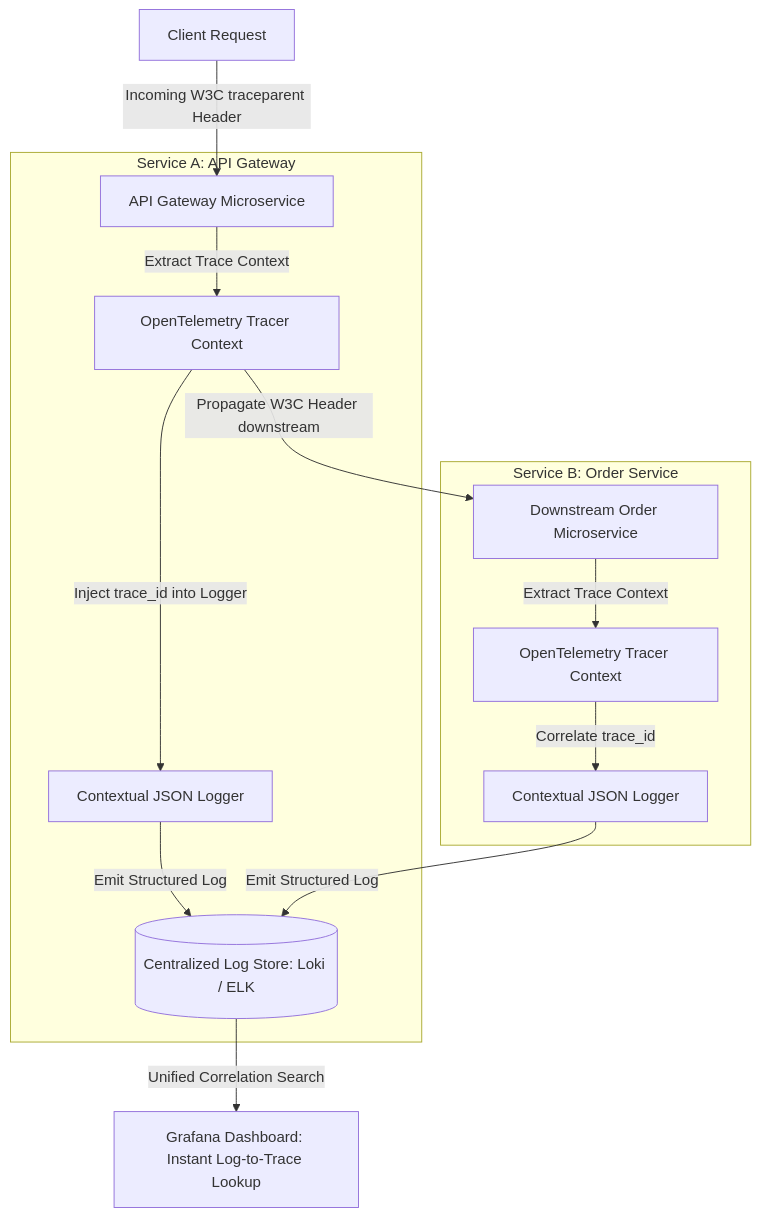
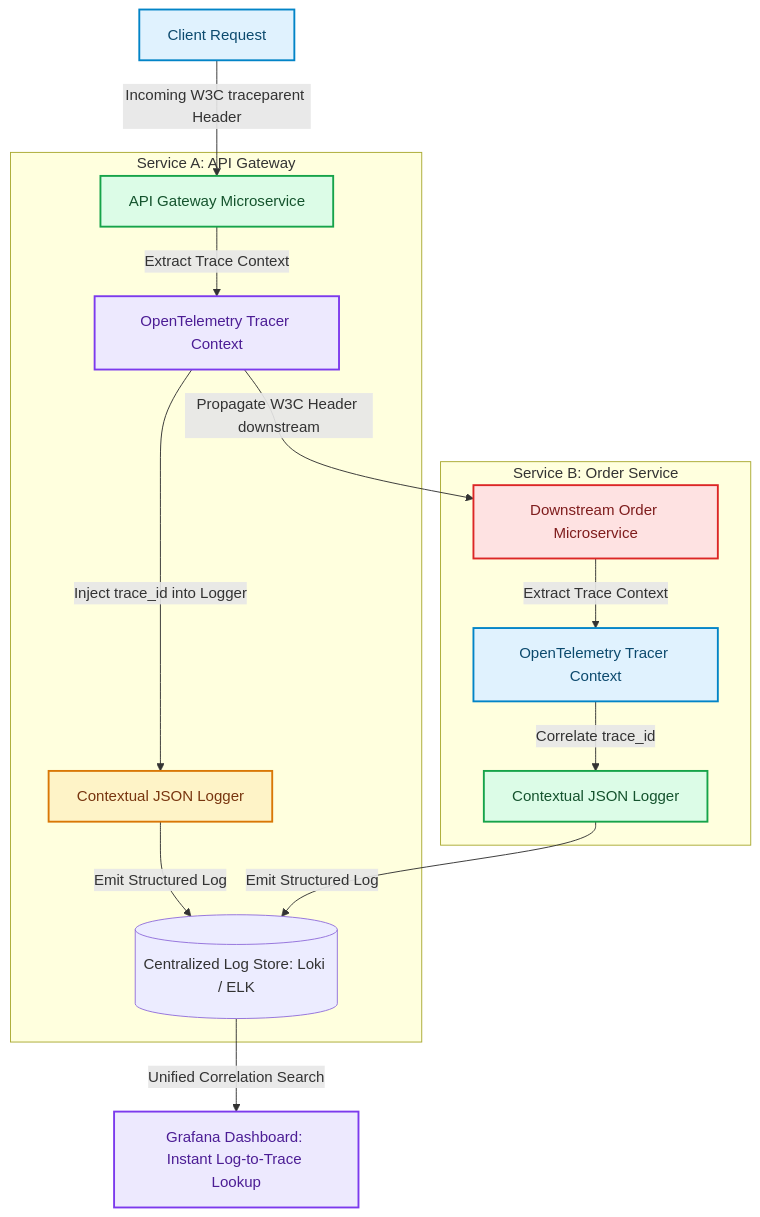
One commit to akmalkhaniub/akmalkhaniub.github.io changed the diagram in blog/posts/centralized-distributed-tracing-dynamic-structured-logging.md. Above: the diagram before and after it, drawn with Mermaid. The commit also changed other lines of this file and 1291 other files, not shown here.

First line of the commit message:
feat(catalog): unique covers, scholarly references, and diagram palettes

````diff
--- a/blog/posts/centralized-distributed-tracing-dynamic-structured-logging.md
+++ b/blog/posts/centralized-distributed-tracing-dynamic-structured-logging.md
@@ -17,20 +17,31 @@
 ```mermaid
 flowchart TD
-  A[Client Request] -->|Incoming W3C traceparent Header| B[API Gateway Microservice]
+  A["Client Request"] -->|Incoming W3C traceparent Header| B["API Gateway Microservice"]
   
   subgraph SG1_ServiceAApi ["Service A: API Gateway"]
-    B -->|Extract Trace Context| B1[OpenTelemetry Tracer Context]
-    B1 -->|Inject trace_id into Logger| B2[Contextual JSON Logger]
+    B -->|Extract Trace Context| B1["OpenTelemetry Tracer Context"]
+    B1 -->|Inject trace_id into Logger| B2["Contextual JSON Logger"]
     B2 -->|Emit Structured Log| L1[(Centralized Log Store: Loki / ELK)]
   end
   
-  B1 -->|Propagate W3C Header downstream| C[Downstream Order Microservice]
+  B1 -->|Propagate W3C Header downstream| C["Downstream Order Microservice"]
   
   subgraph SG2_ServiceBOrder ["Service B: Order Service"]
-    C -->|Extract Trace Context| C1[OpenTelemetry Tracer Context]
-    C1 -->|Correlate trace_id| C2[Contextual JSON Logger]
+    C -->|Extract Trace Context| C1["OpenTelemetry Tracer Context"]
+    C1 -->|Correlate trace_id| C2["Contextual JSON Logger"]
     C2 -->|Emit Structured Log| L1
   end
   
-  L1 -->|Unified Correlation Search| D[Grafana Dashboard: Instant Log-to-Trace Lookup]
+  L1 -->|Unified Correlation Search| D["Grafana Dashboard: Instant Log-to-Trace Lookup"]
+
+classDef green fill:#dcfce7,stroke:#16a34a,stroke-width:2px,color:#14532d;
+classDef red fill:#fee2e2,stroke:#dc2626,stroke-width:2px,color:#7f1d1d;
+classDef blue fill:#e0f2fe,stroke:#0284c7,stroke-width:2px,color:#0c4a6e;
+classDef yellow fill:#fef3c7,stroke:#d97706,stroke-width:2px,color:#78350f;
+classDef purple fill:#ede9fe,stroke:#7c3aed,stroke-width:2px,color:#4c1d95;
+class A,C1 blue
+class B,C2 green
+class B1,D purple
+class B2 yellow
+class C red
 ```
````
